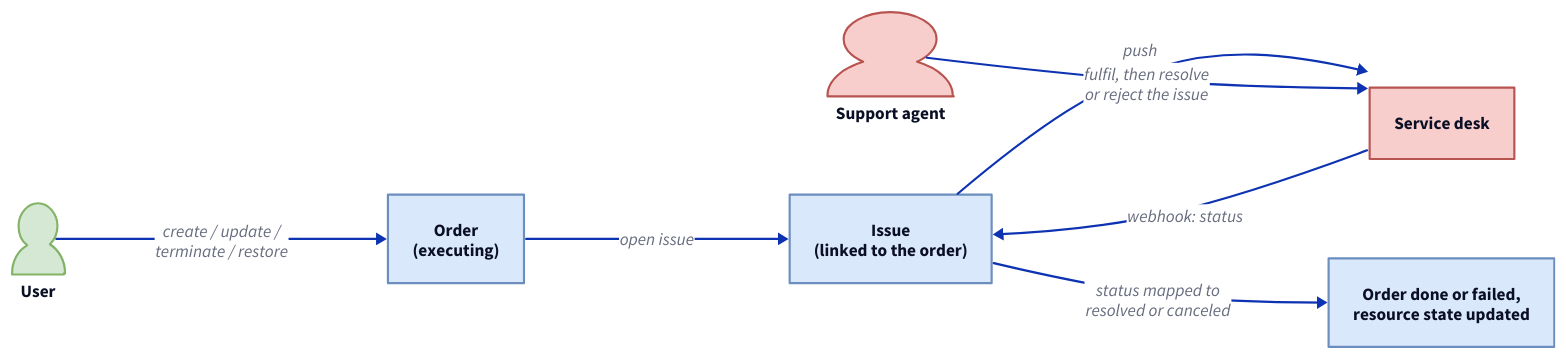
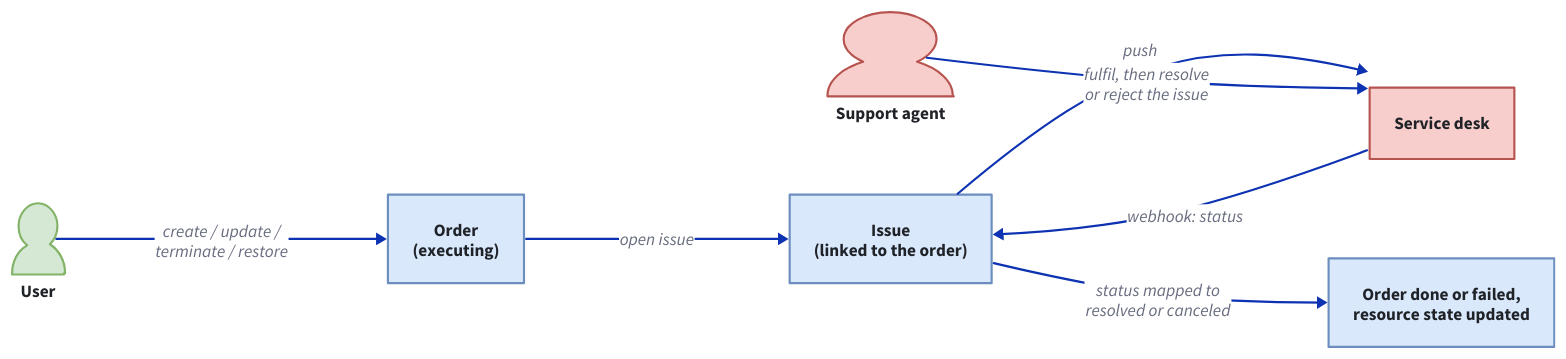
One commit to waldur/waldur-docs changed the diagram in docs/integrations/service-desk/service-desk-offerings.md. Above: the diagram before and after it, drawn with D2. The commit also changed 51 other files, not shown here.

Commit message:
Group docs navigation into reader-task tabs, fix dead links and unreadable diagrams [#30] [#31]

````diff
--- a/docs/integrations/service-desk/service-desk-offerings.md
+++ b/docs/integrations/service-desk/service-desk-offerings.md
@@ -12,22 +12,22 @@
 ```d2
 direction: right
 classes: {
-  frontend: { style: { fill: "#d5e8d4"; stroke: "#82b366" } }
-  backend:  { style: { fill: "#dae8fc"; stroke: "#6c8ebf" } }
-  external: { style: { fill: "#f8cecc"; stroke: "#b85450" } }
+  frontend: { style: { fill: "#d5e8d4"; font-color: "#1f2328"; stroke: "#82b366" } }
+  backend:  { style: { fill: "#dae8fc"; font-color: "#1f2328"; stroke: "#6c8ebf" } }
+  external: { style: { fill: "#f8cecc"; font-color: "#1f2328"; stroke: "#b85450" } }
 }
 
 user: User { class: frontend; shape: person }
 order: Order\n(executing) { class: backend }
 issue: Issue\n(linked to the order) { class: backend }
 desk: Service desk { class: external }
 agent: Support agent { class: external; shape: person }
 result: Order done or failed,\nresource state updated { class: backend }
 
 user -> order: create / update /\nterminate / restore
 order -> issue: open issue
 issue -> desk: push
 agent -> desk: fulfil, then resolve\nor reject the issue
 desk -> issue: webhook: status
 issue -> result: status mapped to\nresolved or canceled
 ```
````
